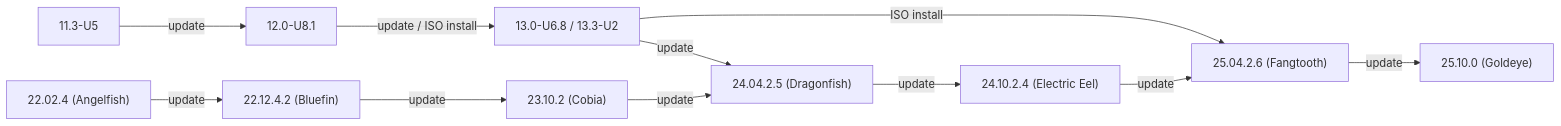
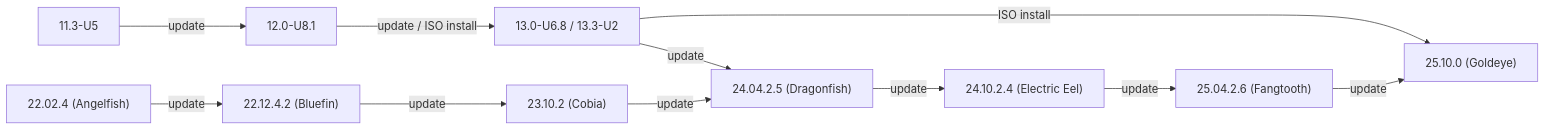
One commit to truenas/documentation changed the first of 2 diagrams in static/includes/SCALEUpgradePaths.md. Above: the diagram before and after it, drawn with Mermaid. The commit also changed other lines of this file, not shown here.

```diff
--- a/static/includes/SCALEUpgradePaths.md
+++ b/static/includes/SCALEUpgradePaths.md
@@ -208,14 +20,14 @@
             {{< mermaid class="mermaid_sizing" >}}
             flowchart LR
               A["11.3-U5"] -->|update| B["12.0-U8.1"]
               B -->|"update / ISO install"| C["13.0-U6.8 / 13.3-U2"]
               C -->|update| G
-              C -->|ISO install| I
+              C -->|ISO install| J
               D["22.02.4 (Angelfish)"] -->|update| E
               E["22.12.4.2 (Bluefin)"] -->|update| F
               F["23.10.2 (Cobia)"] -->|update| G
               G["24.04.2.5 (Dragonfish)"] -->|update| H
               H["24.10.2.4 (Electric Eel)"] -->|update| I
               I["25.04.2.6 (Fangtooth)"] -->|"update"| J
             J["25.10.0 (Goldeye)"]
             {{< /mermaid >}}
```
